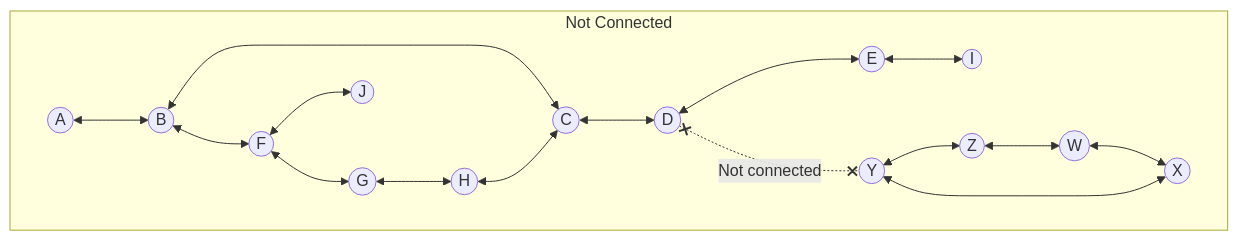
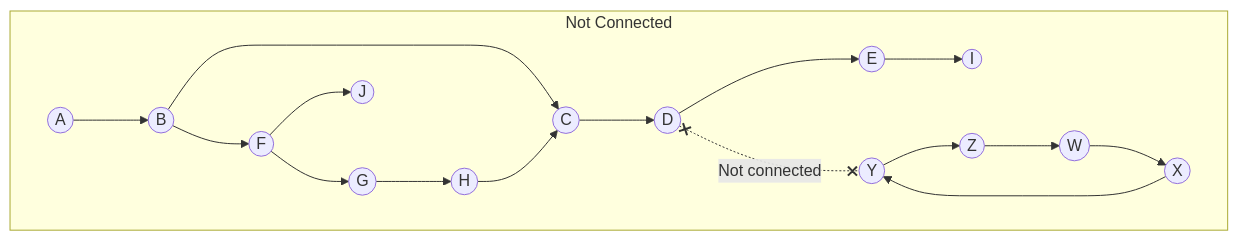
One commit to algosup/2024-2025-project-3-quickest-path-team-2 changed diagram 13 of 17 in documents/technical/technical_specification.md. Above: the diagram before and after it, drawn with Mermaid. The commit also changed other lines of this file, not shown here.

````diff
--- a/documents/technical/technical_specification.md
+++ b/documents/technical/technical_specification.md
@@ -558,38 +561,38 @@
 ```mermaid
 graph
     subgraph Not Connected
         A((A))
         B((B))
         C((C))
         D((D))
         E((E))
         F((F))
         G((G))
         H((H))
         I((I))
         J((J))
         
-        A <--> B
-        B <--> C
-        C <--> D
-        D <--> E
-        B <--> F
-        F <--> G
-        G <--> H
-        H <--> C
-        E <--> I
-        F <--> J
+        A --> B
+        B --> C
+        C --> D
+        D --> E
+        B --> F
+        F --> G
+        G --> H
+        H --> C
+        E --> I
+        F --> J
 
         X((X))
         Y((Y))
         Z((Z))
         W((W))
         
-        X <--> Y
-        Y <--> Z
-        Z <--> W
-        W <--> X
+        X --> Y
+        Y --> Z
+        Z --> W
+        W --> X
         D x-. Not connected .-x Y
 
     end
 ```
````
